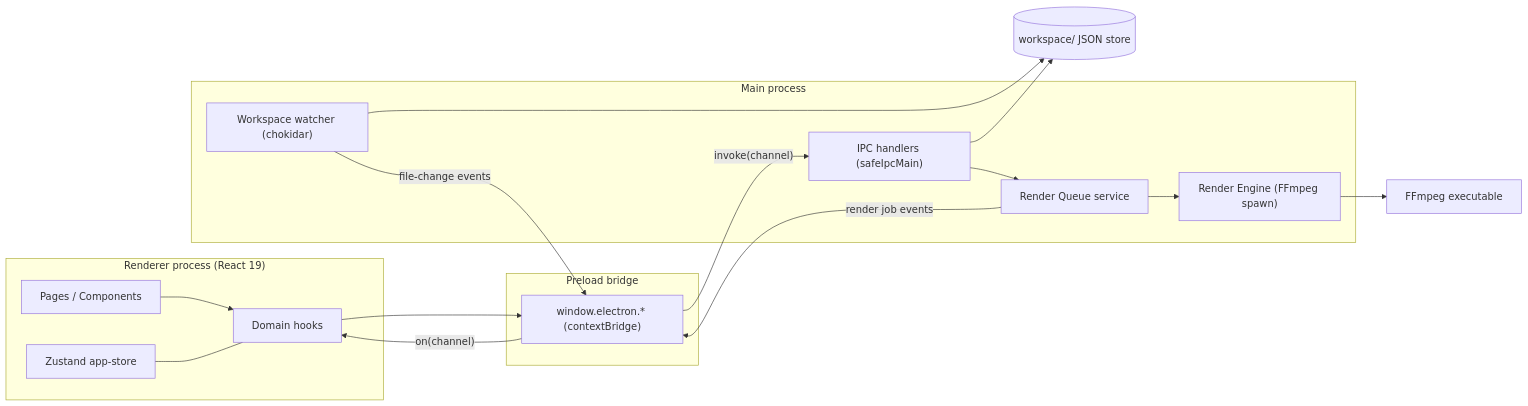
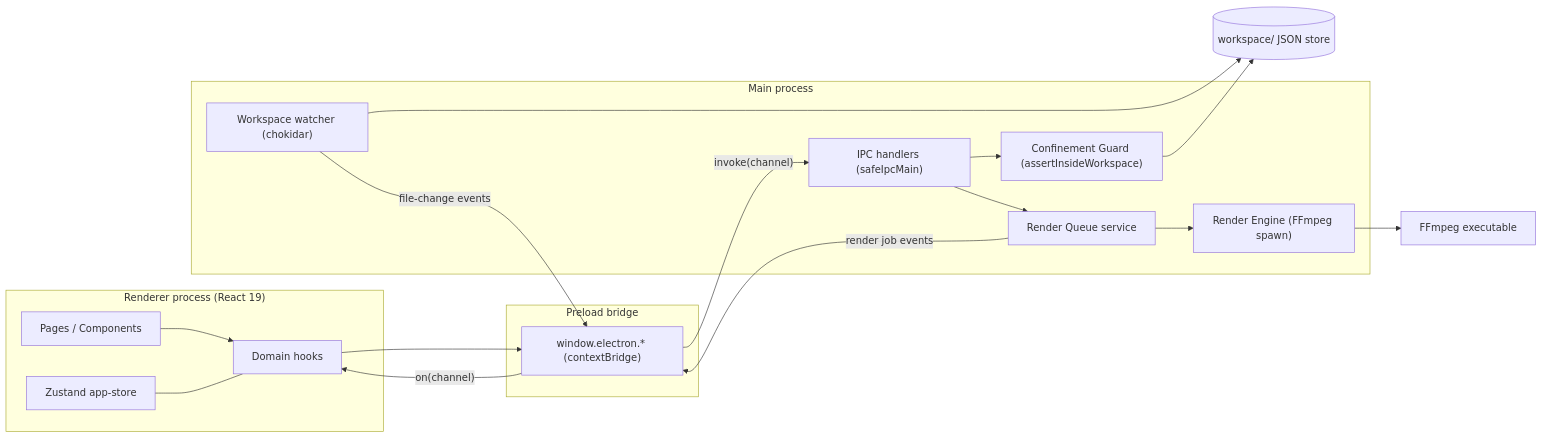
Before and after one commit to glenrioariesto/social-content-studio: the diagram in docs/ARCHITECTURE.md, drawn with Mermaid. The commit also changed other lines of this file and 3 other files, not shown here.

Commit message:
Generate architecture map + Diátaxis docs for Foundation Stabilization (reference/how-to/explanation)

````diff
--- a/docs/ARCHITECTURE.md
+++ b/docs/ARCHITECTURE.md
@@ -56,31 +61,32 @@
 ```mermaid
 flowchart LR
   subgraph Renderer["Renderer process (React 19)"]
     UI["Pages / Components"]
     Hooks["Domain hooks"]
     Store["Zustand app-store"]
   end
   subgraph Preload["Preload bridge"]
     Bridge["window.electron.* (contextBridge)"]
   end
   subgraph MainP["Main process"]
     IPC["IPC handlers (safeIpcMain)"]
+    Guard["Confinement Guard (assertInsideWorkspace)"]
     RQ["Render Queue service"]
     RE["Render Engine (FFmpeg spawn)"]
     Watch["Workspace watcher (chokidar)"]
   end
   WS[("workspace/ JSON store")]
   FF["FFmpeg executable"]
 
   UI --> Hooks
   Store --- Hooks
   Hooks --> Bridge
   Bridge -->|"invoke(channel)"| IPC
-  IPC --> WS
+  IPC --> Guard --> WS
   IPC --> RQ
   RQ --> RE --> FF
   RQ -->|"render job events"| Bridge
   Watch --> WS
   Watch -->|"file-change events"| Bridge
   Bridge -->|"on(channel)"| Hooks
 ```
````
